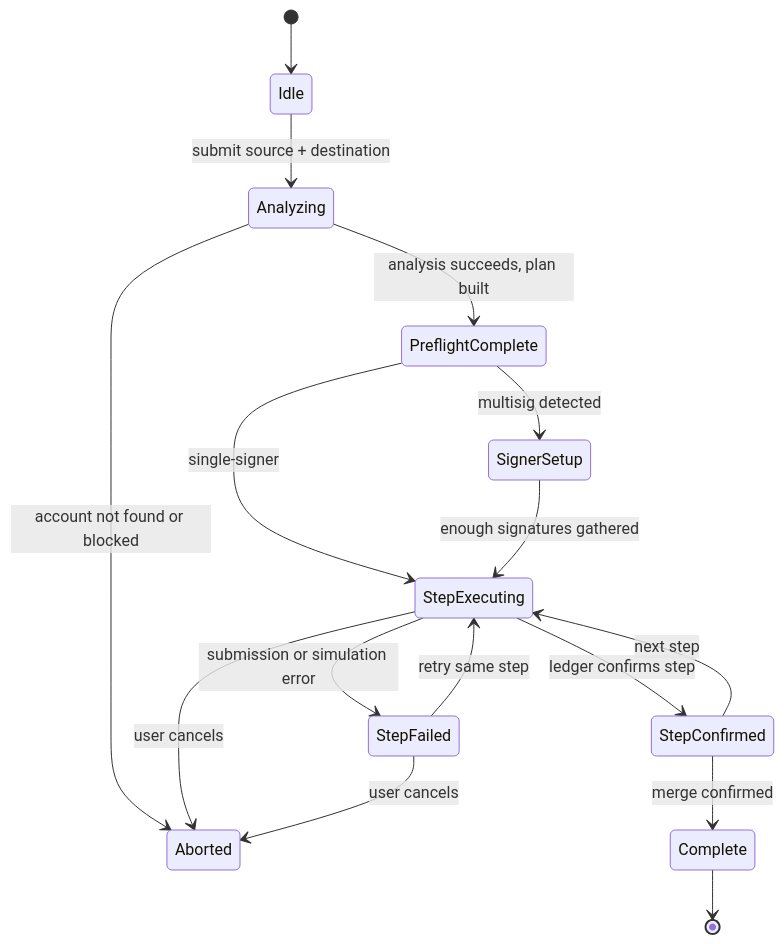
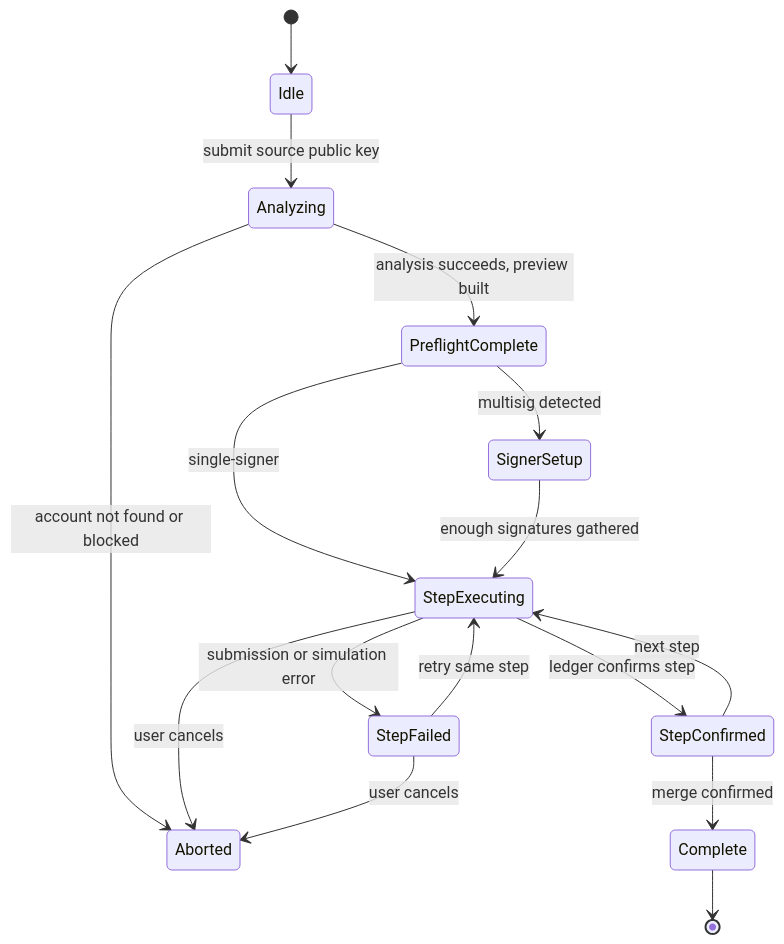
The third of 9 diagrams in docs/architecture.md (OscarGauss/lumenwipe), drawn with Mermaid before and after one commit. The commit also changed other lines of this file and 31 other files, not shown here.

First line of the commit message:
feat: single tx flow redesign (#23)

````diff
--- a/docs/architecture.md
+++ b/docs/architecture.md
@@ -214,18 +216,18 @@
 ```mermaid
 stateDiagram-v2
     [*] --> Idle
-    Idle --> Analyzing: submit source + destination
-    Analyzing --> PreflightComplete: analysis succeeds, plan built
+    Idle --> Analyzing: submit source public key
+    Analyzing --> PreflightComplete: analysis succeeds, preview built
     Analyzing --> Aborted: account not found or blocked
     PreflightComplete --> SignerSetup: multisig detected
     PreflightComplete --> StepExecuting: single-signer
     SignerSetup --> StepExecuting: enough signatures gathered
     StepExecuting --> StepConfirmed: ledger confirms step
     StepExecuting --> StepFailed: submission or simulation error
     StepFailed --> StepExecuting: retry same step
     StepConfirmed --> StepExecuting: next step
     StepConfirmed --> Complete: merge confirmed
     Complete --> [*]
     StepExecuting --> Aborted: user cancels
     StepFailed --> Aborted: user cancels
 ```
````
